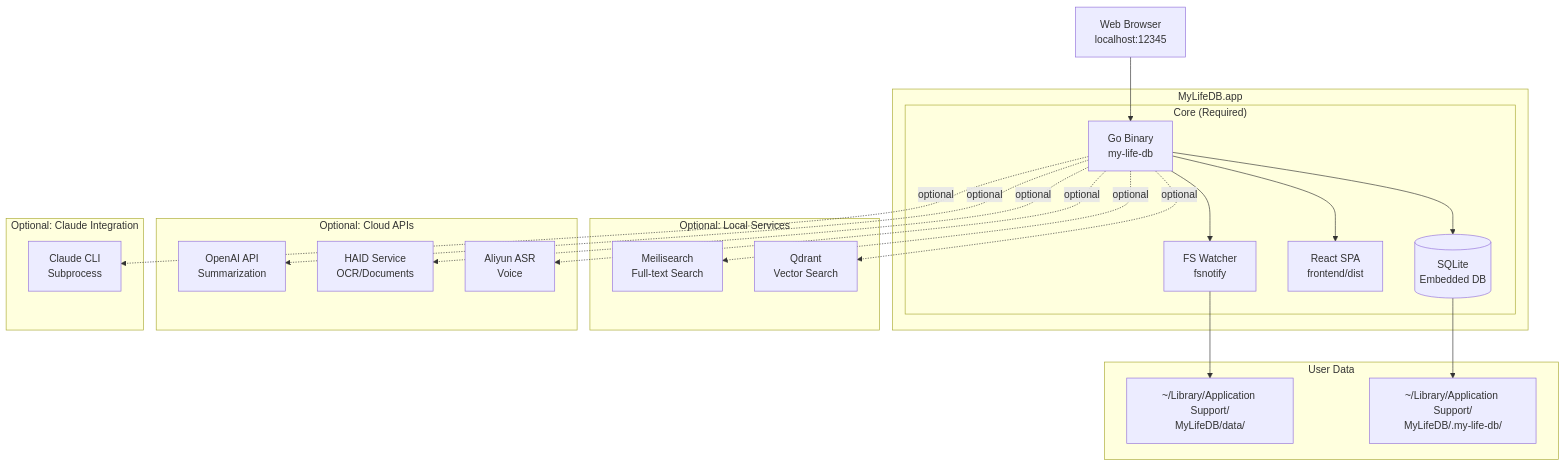
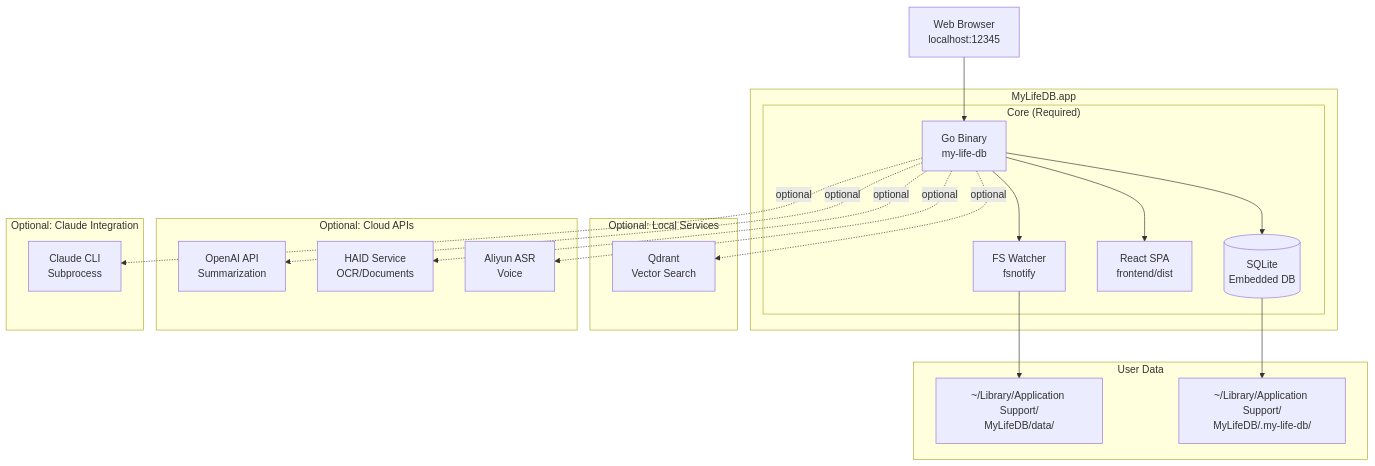
The first of 8 diagrams in src/content/docs/internal/architecture/macos-standalone-architecture.md (xiaoyuanzhu-com/my-life-db-docs), drawn with Mermaid before and after one commit. The commit also changed other lines of this file and 17 other files, not shown here.

````diff
--- a/src/content/docs/internal/architecture/macos-standalone-architecture.md
+++ b/src/content/docs/internal/architecture/macos-standalone-architecture.md
@@ -9,47 +9,45 @@
 ```mermaid
 graph TB
     subgraph "MyLifeDB.app"
         subgraph "Core (Required)"
             APP[Go Binary<br/>my-life-db]
             SQLITE[(SQLite<br/>Embedded DB)]
             FRONTEND[React SPA<br/>frontend/dist]
             FSWATCH[FS Watcher<br/>fsnotify]
         end
 
         APP --> SQLITE
         APP --> FRONTEND
         APP --> FSWATCH
     end
 
     subgraph "User Data"
         USERDATA[~/Library/Application Support/<br/>MyLifeDB/data/]
         APPDATA[~/Library/Application Support/<br/>MyLifeDB/.my-life-db/]
     end
 
     FSWATCH --> USERDATA
     SQLITE --> APPDATA
 
     subgraph "Optional: Local Services"
-        MEILI[Meilisearch<br/>Full-text Search]
         QDRANT[Qdrant<br/>Vector Search]
     end
 
     subgraph "Optional: Cloud APIs"
         OPENAI[OpenAI API<br/>Summarization]
         HAID[HAID Service<br/>OCR/Documents]
         ALIYUN[Aliyun ASR<br/>Voice]
     end
 
     subgraph "Optional: Claude Integration"
         CLAUDE[Claude CLI<br/>Subprocess]
     end
 
-    APP -.->|optional| MEILI
     APP -.->|optional| QDRANT
     APP -.->|optional| OPENAI
     APP -.->|optional| HAID
     APP -.->|optional| ALIYUN
     APP -.->|optional| CLAUDE
 
     BROWSER[Web Browser<br/>localhost:12345] --> APP
 ```
````
